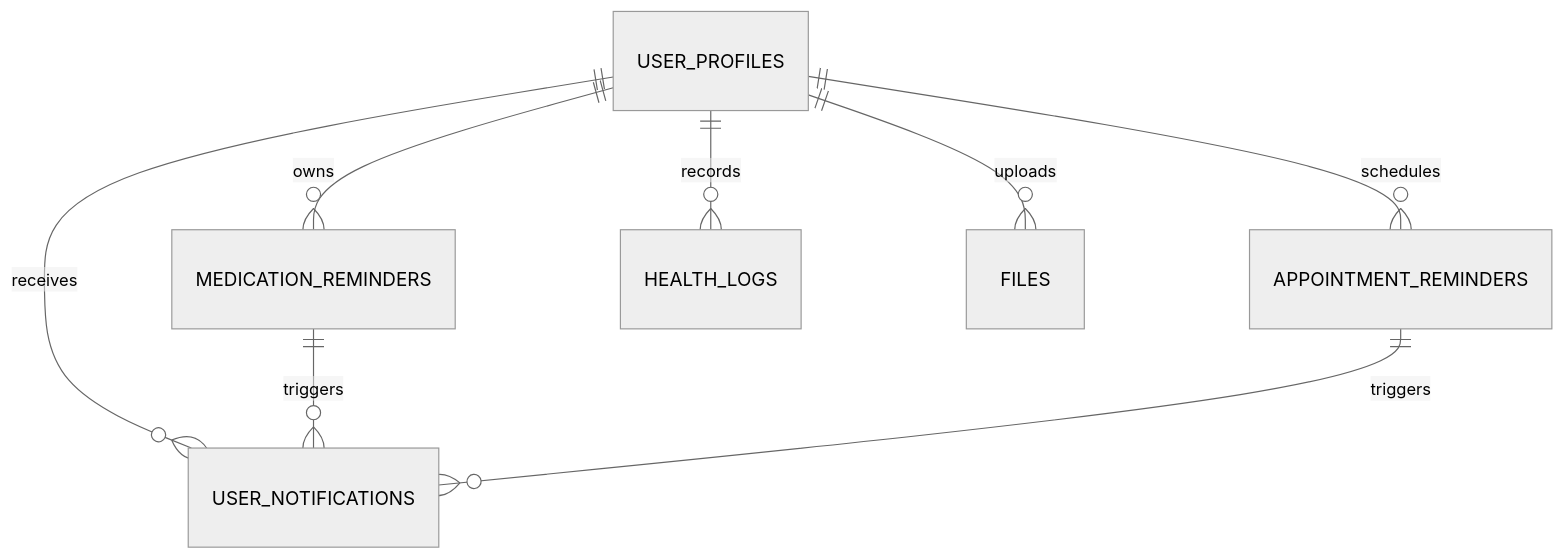
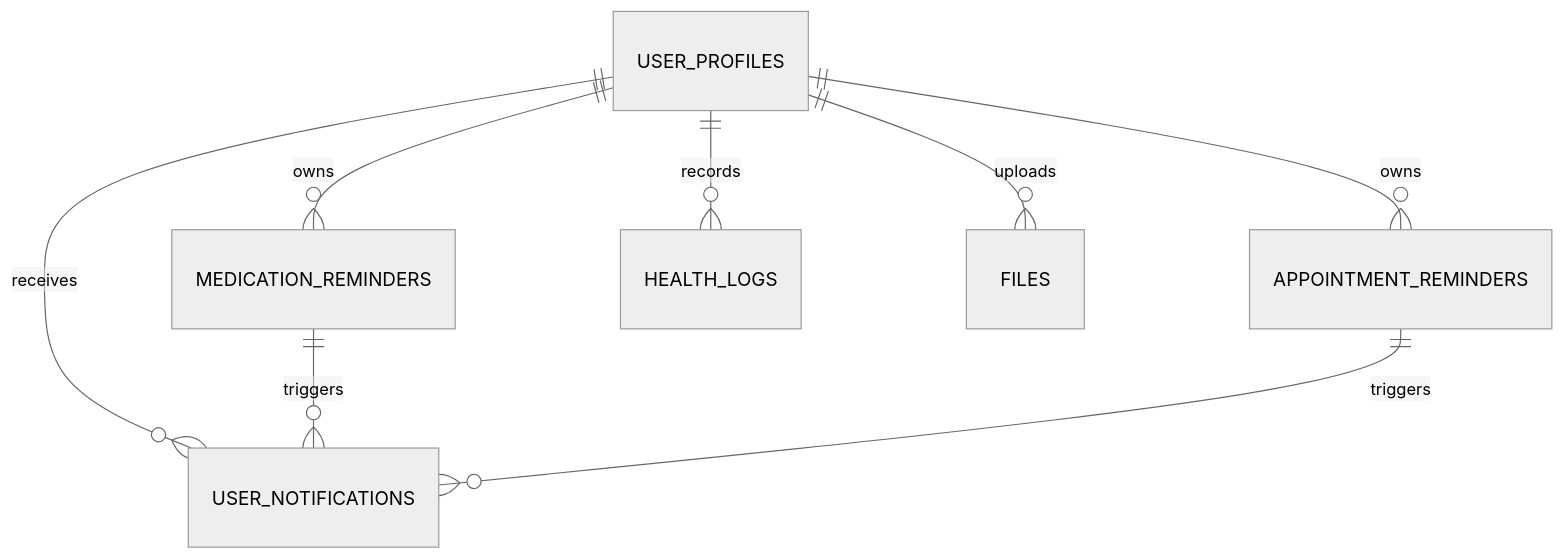
The fifth of 19 diagrams in ARCHITECTURE.md (hoangsonww/SymptomSync-Health-App), drawn with Mermaid (neutral theme) before and after one commit. The commit also changed other lines of this file and 56 other files, not shown here.

````diff
--- a/ARCHITECTURE.md
+++ b/ARCHITECTURE.md
@@ -97,10 +205,11 @@
 ```mermaid
 erDiagram
   USER_PROFILES ||--o{ MEDICATION_REMINDERS : owns
-  USER_PROFILES ||--o{ APPOINTMENT_REMINDERS : schedules
+  USER_PROFILES ||--o{ APPOINTMENT_REMINDERS : owns
   USER_PROFILES ||--o{ HEALTH_LOGS : records
   USER_PROFILES ||--o{ FILES : uploads
   USER_PROFILES ||--o{ USER_NOTIFICATIONS : receives
+
   MEDICATION_REMINDERS ||--o{ USER_NOTIFICATIONS : triggers
   APPOINTMENT_REMINDERS ||--o{ USER_NOTIFICATIONS : triggers
 ```
````
